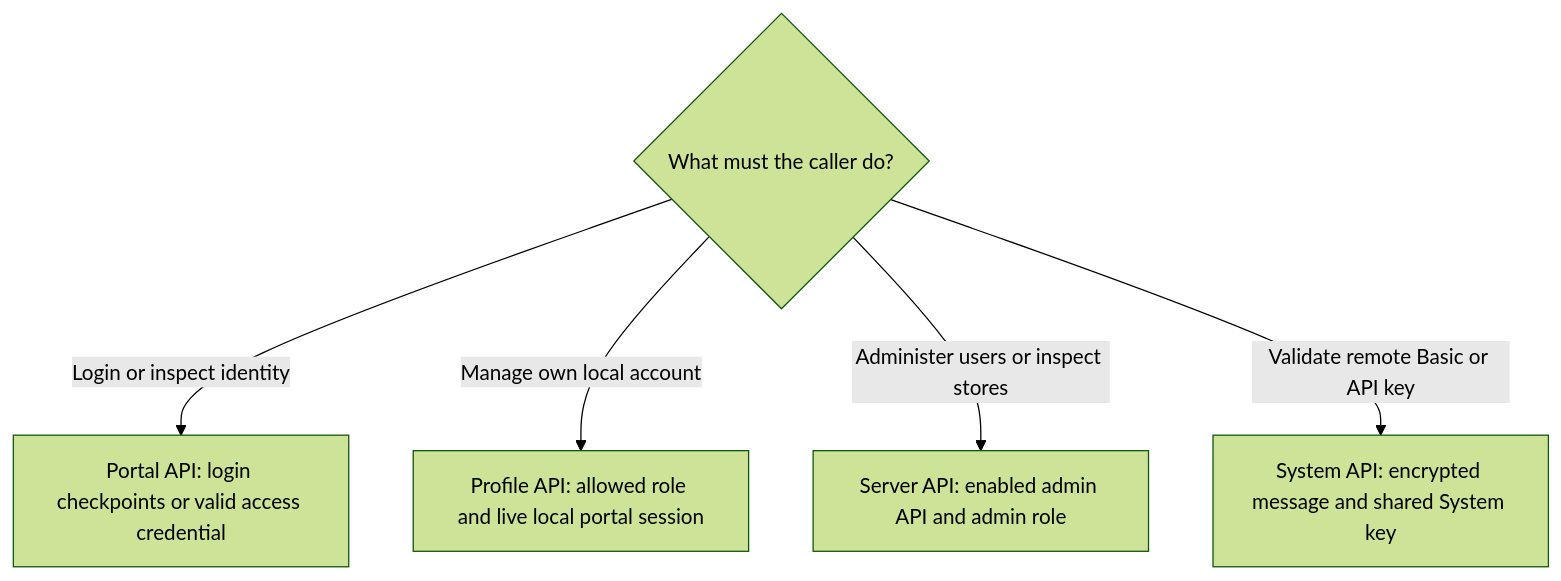
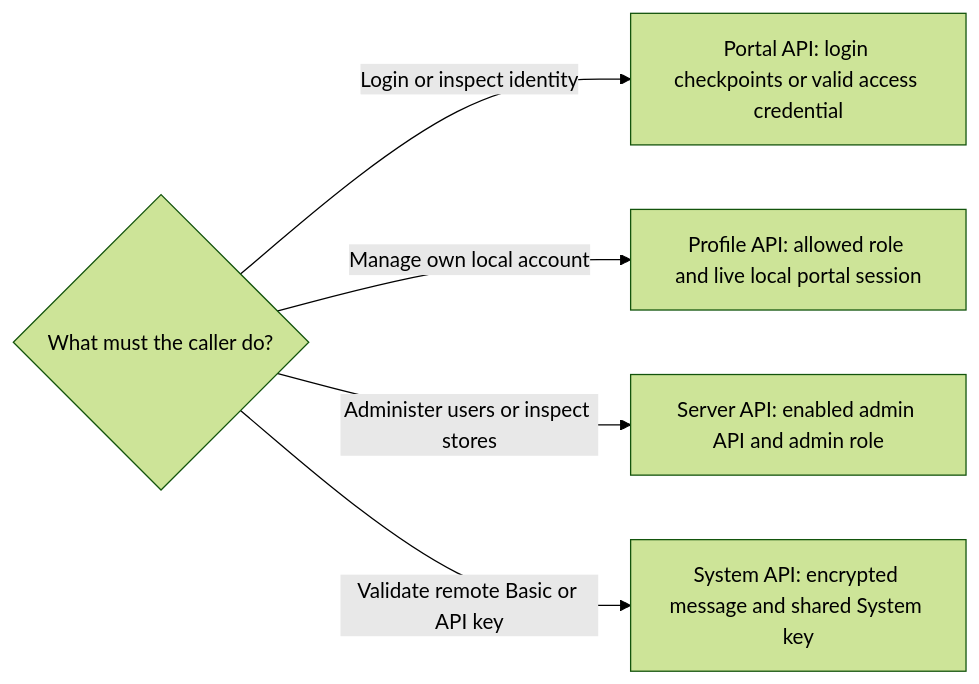
Before and after one commit to authcrunch/authcrunch.github.io: the diagram in docs/authenticate/api/10-api.md, drawn with Mermaid (forest theme). The commit also changed 183 other files, not shown here.

````diff
--- a/docs/authenticate/api/10-api.md
+++ b/docs/authenticate/api/10-api.md
@@ -39,9 +39,9 @@
 ```mermaid
-flowchart TD
+flowchart LR
   accTitle: Choose the API by the caller’s authority
   accDescr: The API families have different credential and permission boundaries, even when they share a portal mount. A successful application request or identity probe does not establish Profile, administrative, or System authority. Refresh and downstream OIDC endpoints implement separate protocols.
   A{"What must the caller do?"} -->|Login or inspect identity| P["Portal API: login checkpoints or valid access credential"]
   A -->|Manage own local account| U["Profile API: allowed role and live local portal session"]
   A -->|Administer users or inspect stores| S["Server API: enabled admin API and admin role"]
   A -->|Validate remote Basic or API key| Y["System API: encrypted message and shared System key"]
 ```
````
